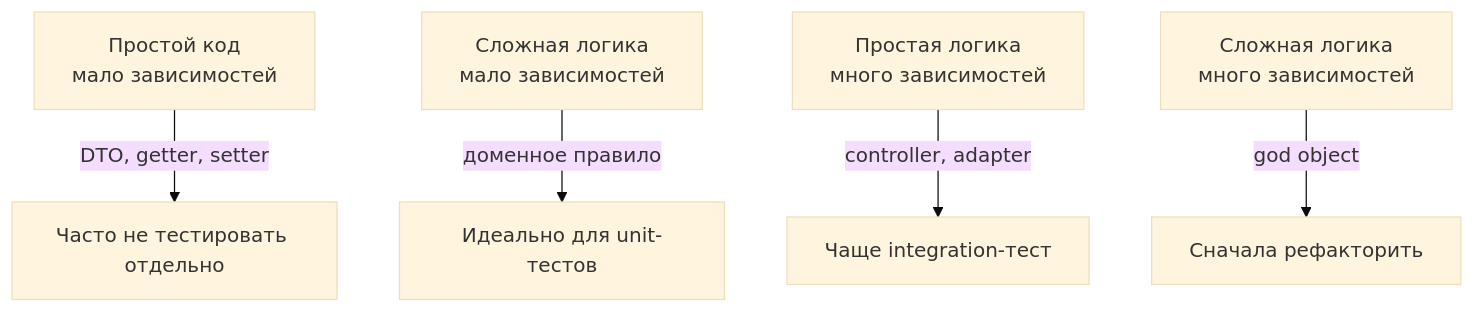
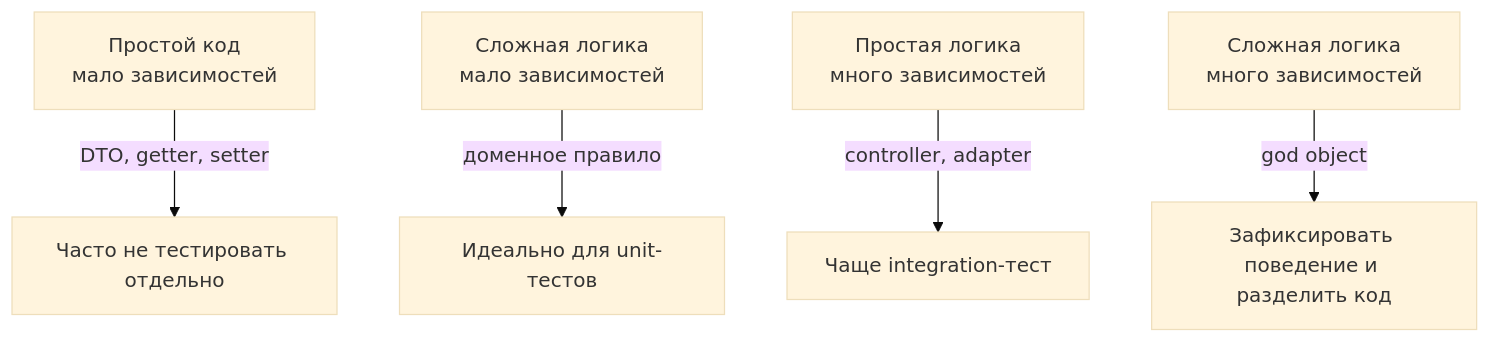
The eighth of 10 diagrams in content/lectures/Lec3/vitepress.md (Kert0n/KPO), drawn with Mermaid (base theme) before and after one commit. The commit also changed other lines of this file, not shown here.

````diff
--- a/content/lectures/Lec3/vitepress.md
+++ b/content/lectures/Lec3/vitepress.md
@@ -1359,7 +1473,7 @@
 ```mermaid
 flowchart TD
     SimpleNoDeps["Простой код<br/>мало зависимостей"] -->|DTO, getter, setter| Skip["Часто не тестировать отдельно"]
     ComplexNoDeps["Сложная логика<br/>мало зависимостей"] -->|доменное правило| Unit["Идеально для unit-тестов"]
     SimpleManyDeps["Простая логика<br/>много зависимостей"] -->|controller, adapter| Integration["Чаще integration-тест"]
-    ComplexManyDeps["Сложная логика<br/>много зависимостей"] -->|god object| Refactor["Сначала рефакторить"]
+    ComplexManyDeps["Сложная логика<br/>много зависимостей"] -->|god object| Refactor["Зафиксировать поведение и разделить код"]
 ```
````
